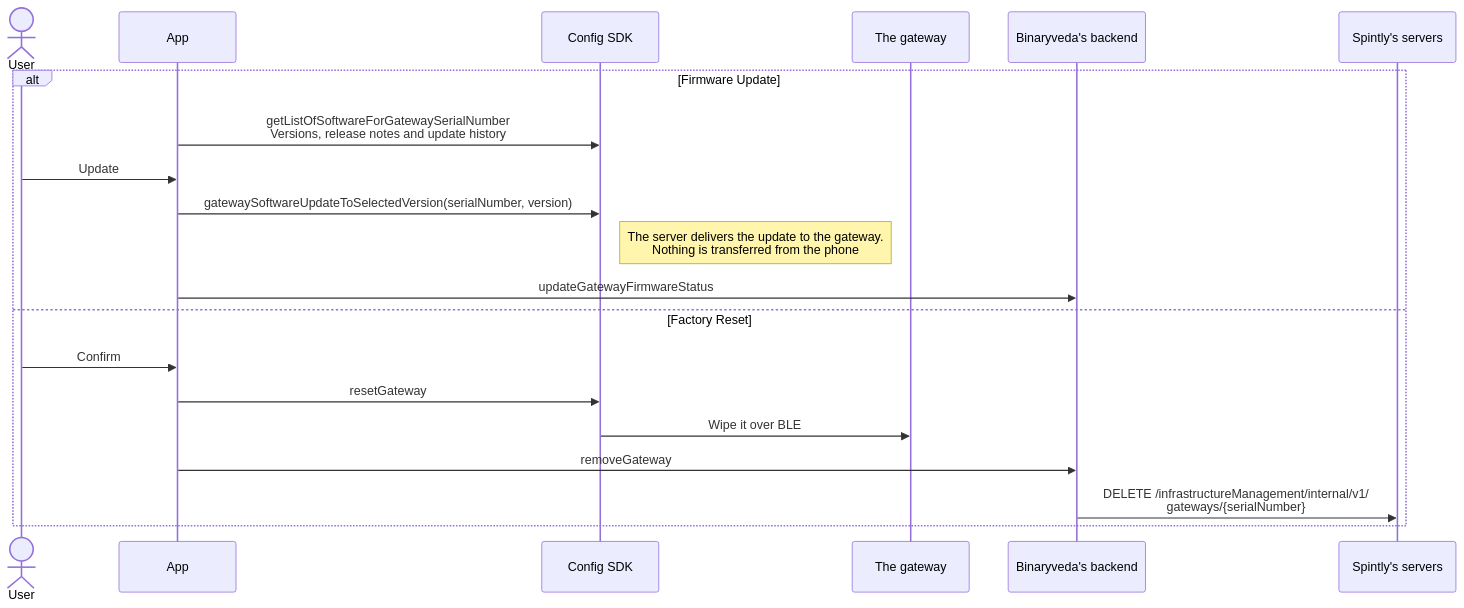
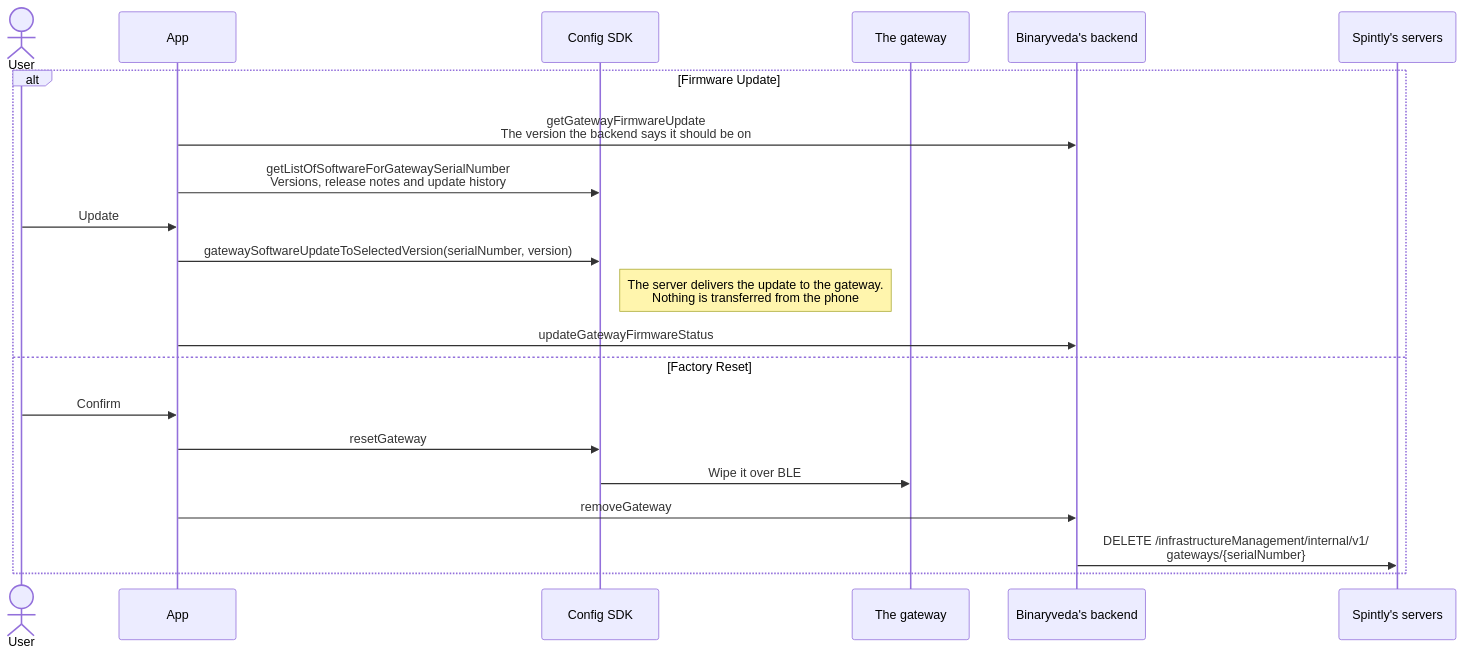
One commit to Yash-Wadatkar-Binaryveda/sdk-docs-site changed diagram 12 of 12 in docs/lock-settings.md. Above: the diagram before and after it, drawn with Mermaid. The commit also changed other lines of this file and 14 other files, not shown here.

First line of the commit message:
Enhance documentation with new Profile and Account section and update diagram color handling

````diff
--- a/docs/lock-settings.md
+++ b/docs/lock-settings.md
@@ -484,23 +490,24 @@
 ```mermaid
 sequenceDiagram
     actor U as User
     participant A as App
     participant C as Config SDK
     participant G as The gateway
     participant B as Binaryveda's backend
     participant S as Spintly's servers
 
     alt Firmware Update
+        A->>B: getGatewayFirmwareUpdate<br/>The version the backend says it should be on
         A->>C: getListOfSoftwareForGatewaySerialNumber<br/>Versions, release notes and update history
         U->>A: Update
         A->>C: gatewaySoftwareUpdateToSelectedVersion(serialNumber, version)
         Note right of C: The server delivers the update to the gateway.<br/>Nothing is transferred from the phone
         A->>B: updateGatewayFirmwareStatus
     else Factory Reset
         U->>A: Confirm
         A->>C: resetGateway
         C->>G: Wipe it over BLE
         A->>B: removeGateway
         B->>S: DELETE /infrastructureManagement/internal/v1/<br/>gateways/{serialNumber}
     end
 ```
````
